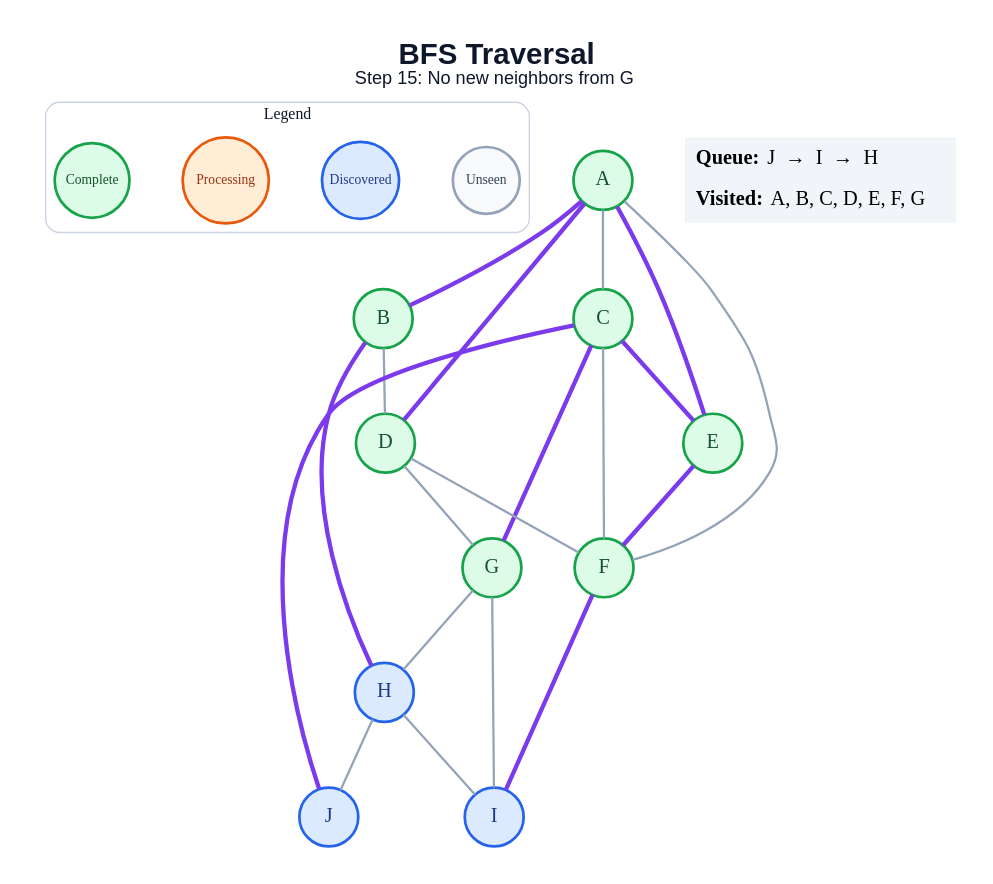
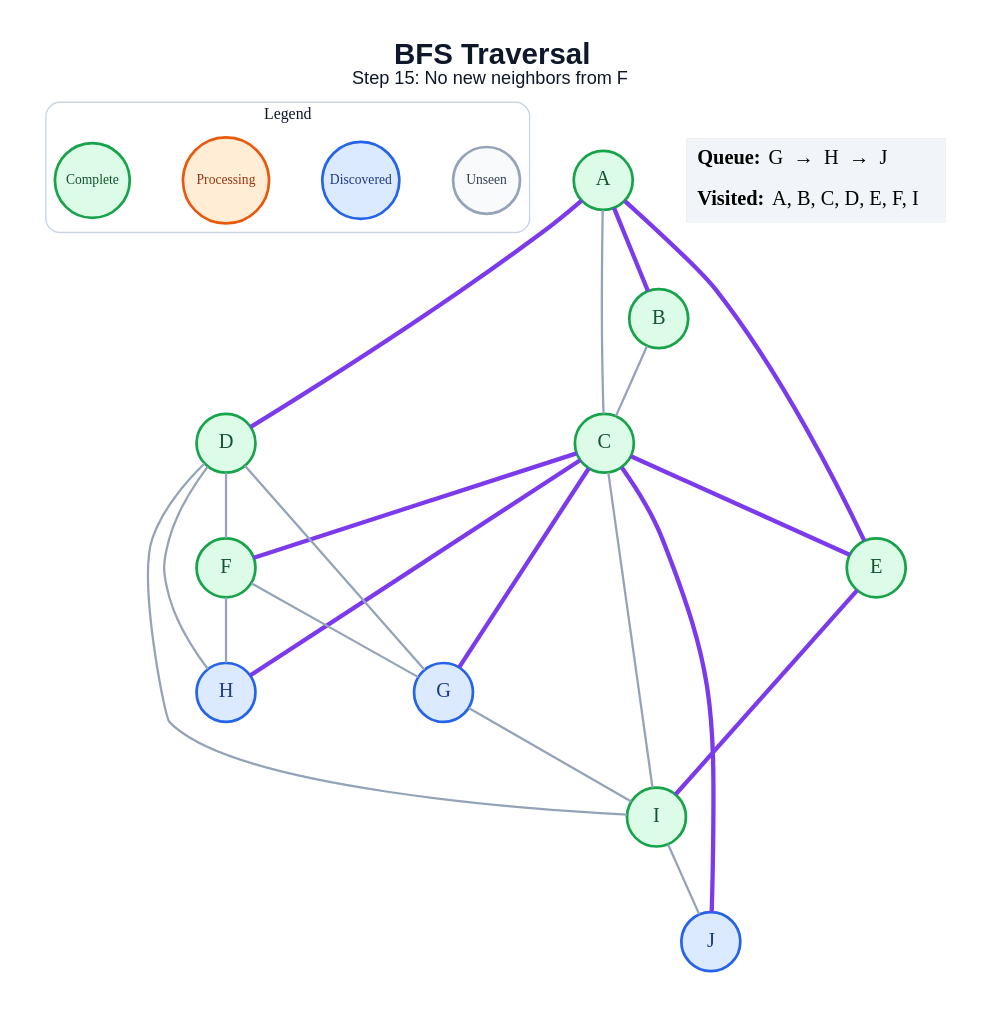
The diagram in generated/specific-node/bfs/step_15.dot (amanghodawala9/ai-slop), drawn with Graphviz before and after one commit. The commit also changed 178 other files, not shown here.

```diff
--- a/generated/specific-node/bfs/step_15.dot
+++ b/generated/specific-node/bfs/step_15.dot
@@ -1,48 +1,49 @@
 graph traversal {
   graph [layout=dot, rankdir=TB, bgcolor="#FFFFFF", pad="0.35", nodesep="0.65", ranksep="0.8", fontname="Arial"];
   node [shape=circle, style="filled", fontname="Arial Bold", fontsize=18, width=0.72, fixedsize=true, penwidth=2.4];
   edge [color="#94A3B8", penwidth=2.0];
-  label=<<B>BFS Traversal</B><BR/><FONT POINT-SIZE="16">Step 15: No new neighbors from G</FONT>>; labelloc="t"; fontsize=26; fontname="Arial"; fontcolor="#0F172A";
+  label=<<B>BFS Traversal</B><BR/><FONT POINT-SIZE="16">Step 15: No new neighbors from F</FONT>>; labelloc="t"; fontsize=26; fontname="Arial"; fontcolor="#0F172A";
   subgraph cluster_legend { label="Legend"; color="#CBD5E1"; penwidth=1.2; style="rounded"; fontsize=14; fontname="Arial Bold";
     key_unseen [label="Unseen", fillcolor="#F8FAFC", color="#94A3B8", fontcolor="#334155", fontsize=12, width=0.82];
     key_frontier [label="Discovered", fillcolor="#DBEAFE", color="#2563EB", fontcolor="#1E3A8A", fontsize=12, width=0.95];
     key_current [label="Processing", fillcolor="#FFEDD5", color="#EA580C", fontcolor="#9A3412", fontsize=12, width=1.05];
     key_done [label="Complete", fillcolor="#DCFCE7", color="#16A34A", fontcolor="#14532D", fontsize=12, width=0.92];
     { rank=same; key_unseen; key_frontier; key_current; key_done; }
   }
   A [fillcolor="#DCFCE7", color="#16A34A", fontcolor="#14532D"];
   B [fillcolor="#DCFCE7", color="#16A34A", fontcolor="#14532D"];
   C [fillcolor="#DCFCE7", color="#16A34A", fontcolor="#14532D"];
   D [fillcolor="#DCFCE7", color="#16A34A", fontcolor="#14532D"];
   E [fillcolor="#DCFCE7", color="#16A34A", fontcolor="#14532D"];
   F [fillcolor="#DCFCE7", color="#16A34A", fontcolor="#14532D"];
-  G [fillcolor="#DCFCE7", color="#16A34A", fontcolor="#14532D"];
+  G [fillcolor="#DBEAFE", color="#2563EB", fontcolor="#1E3A8A"];
   H [fillcolor="#DBEAFE", color="#2563EB", fontcolor="#1E3A8A"];
-  I [fillcolor="#DBEAFE", color="#2563EB", fontcolor="#1E3A8A"];
+  I [fillcolor="#DCFCE7", color="#16A34A", fontcolor="#14532D"];
   J [fillcolor="#DBEAFE", color="#2563EB", fontcolor="#1E3A8A"];
   A -- B [color="#7C3AED", penwidth=3.8];
   A -- C;
   A -- D [color="#7C3AED", penwidth=3.8];
   A -- E [color="#7C3AED", penwidth=3.8];
-  A -- F;
-  B -- D;
-  B -- H [color="#7C3AED", penwidth=3.8];
+  B -- C;
   C -- E [color="#7C3AED", penwidth=3.8];
-  C -- F;
+  C -- F [color="#7C3AED", penwidth=3.8];
   C -- G [color="#7C3AED", penwidth=3.8];
+  C -- H [color="#7C3AED", penwidth=3.8];
+  C -- I;
   C -- J [color="#7C3AED", penwidth=3.8];
   D -- F;
   D -- G;
-  E -- F [color="#7C3AED", penwidth=3.8];
-  F -- I [color="#7C3AED", penwidth=3.8];
-  G -- H;
+  D -- H;
+  D -- I;
+  E -- I [color="#7C3AED", penwidth=3.8];
+  F -- G;
+  F -- H;
   G -- I;
-  H -- I;
-  H -- J;
+  I -- J;
   status [shape=plain, fixedsize=false, width=0, height=0, margin=0, label=<
     <TABLE BORDER="0" CELLBORDER="0" CELLPADDING="7" BGCOLOR="#F1F5F9">
-      <TR><TD ALIGN="LEFT"><B>Queue:</B> J  →  I  →  H</TD></TR>
-      <TR><TD ALIGN="LEFT"><B>Visited:</B> A, B, C, D, E, F, G</TD></TR>
+      <TR><TD ALIGN="LEFT"><B>Queue:</B> G  →  H  →  J</TD></TR>
+      <TR><TD ALIGN="LEFT"><B>Visited:</B> A, B, C, D, E, F, I</TD></TR>
     </TABLE>
   >];
 }
```
